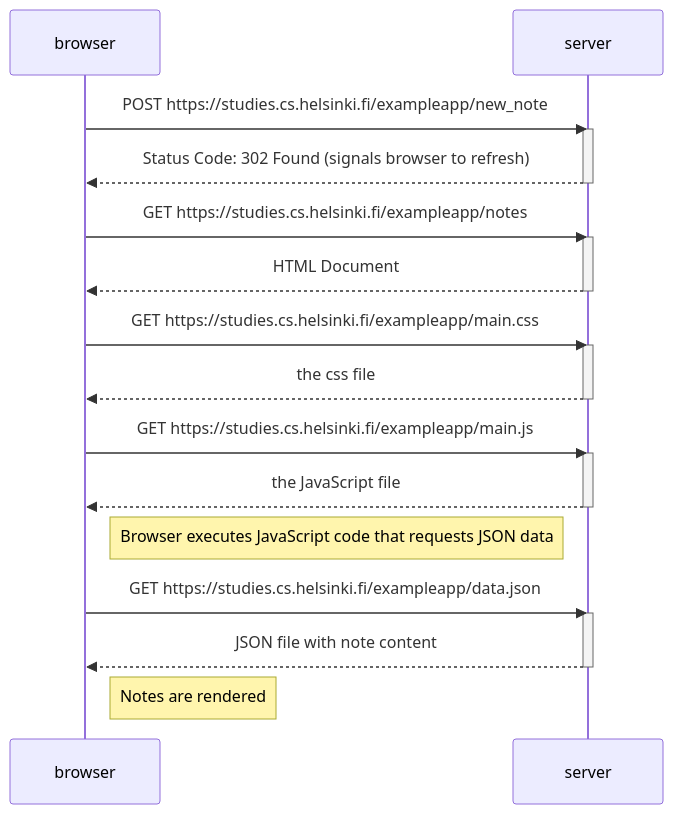
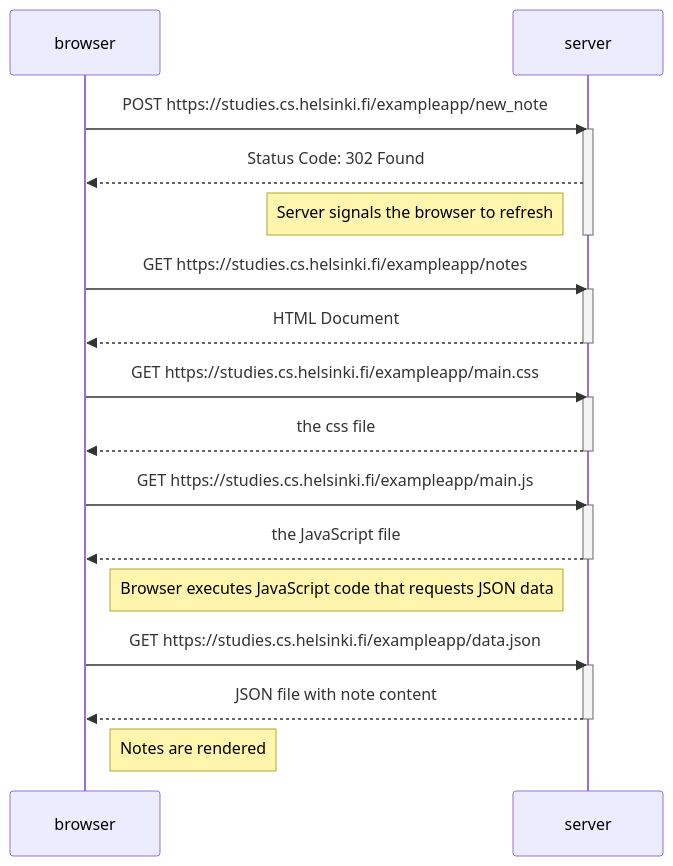
One commit to Dipssy/fullstackopen_submissions changed the diagram in part0/newnotediagram/diagram.md. Above: the diagram before and after it, drawn with Mermaid.

Commit message:
Update diagram.md
turned parenthesis into a note on the left of the server

````diff
--- a/part0/newnotediagram/diagram.md
+++ b/part0/newnotediagram/diagram.md
@@ -3,34 +3,35 @@
 ```mermaid
 sequenceDiagram
 participant browser
 participant server
 
 browser->>server: POST https://studies.cs.helsinki.fi/exampleapp/new_note
 activate server
-server-->>browser: Status Code: 302 Found (signals browser to refresh)
+server-->>browser: Status Code: 302 Found
+Note left of server: Server signals the browser to refresh
 deactivate server
 
 browser->>server: GET https://studies.cs.helsinki.fi/exampleapp/notes
 activate server
 server-->>browser: HTML Document
 deactivate server
 
 browser->>server: GET https://studies.cs.helsinki.fi/exampleapp/main.css
 activate server
 server-->>browser: the css file
 deactivate server
 
 browser->>server: GET https://studies.cs.helsinki.fi/exampleapp/main.js
 activate server
 server-->>browser: the JavaScript file
 deactivate server
 
 Note right of browser: Browser executes JavaScript code that requests JSON data
 
 browser->>server: GET https://studies.cs.helsinki.fi/exampleapp/data.json
 activate server
 server-->>browser: JSON file with note content
 deactivate server
 
 Note right of browser: Notes are rendered
 ```
````
